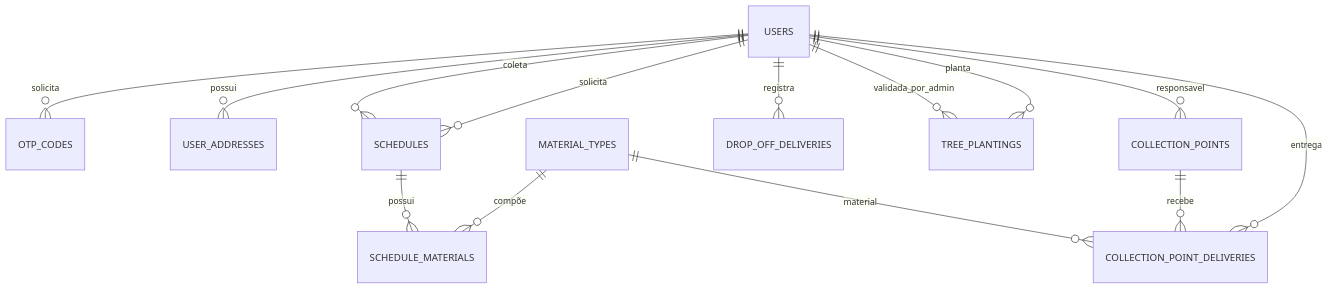
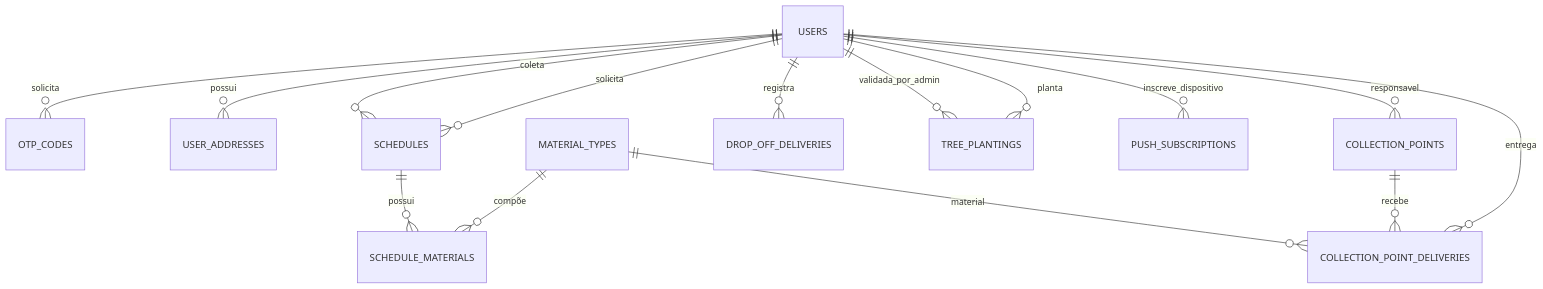
The diagram in docs/database.md (WirllySilva/coletaqui), drawn with Mermaid before and after one commit. The commit also changed other lines of this file and 43 other files, not shown here.

````diff
--- a/docs/database.md
+++ b/docs/database.md
@@ -26,19 +27,20 @@
 ```mermaid
 erDiagram
     USERS ||--o{ OTP_CODES : "solicita"
     USERS ||--o{ USER_ADDRESSES : "possui"
     USERS ||--o{ SCHEDULES : "solicita"
     USERS ||--o{ SCHEDULES : "coleta"
     USERS ||--o{ COLLECTION_POINTS : "responsavel"
     USERS ||--o{ COLLECTION_POINT_DELIVERIES : "entrega"
     USERS ||--o{ DROP_OFF_DELIVERIES : "registra"
     USERS ||--o{ TREE_PLANTINGS : "planta"
+    USERS ||--o{ PUSH_SUBSCRIPTIONS : "inscreve_dispositivo"
 
     MATERIAL_TYPES ||--o{ SCHEDULE_MATERIALS : "compõe"
     SCHEDULES ||--o{ SCHEDULE_MATERIALS : "possui"
 
     COLLECTION_POINTS ||--o{ COLLECTION_POINT_DELIVERIES : "recebe"
     MATERIAL_TYPES ||--o{ COLLECTION_POINT_DELIVERIES : "material"
 
     TREE_PLANTINGS }o--|| USERS : "validada_por_admin"
 ```
````
